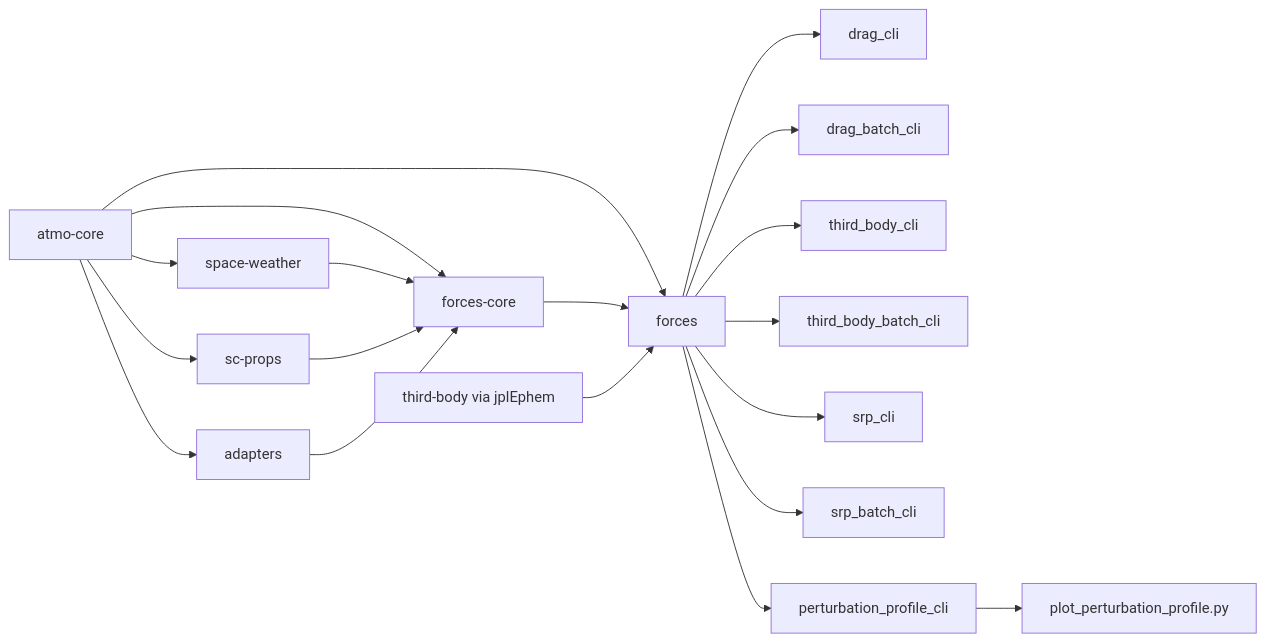
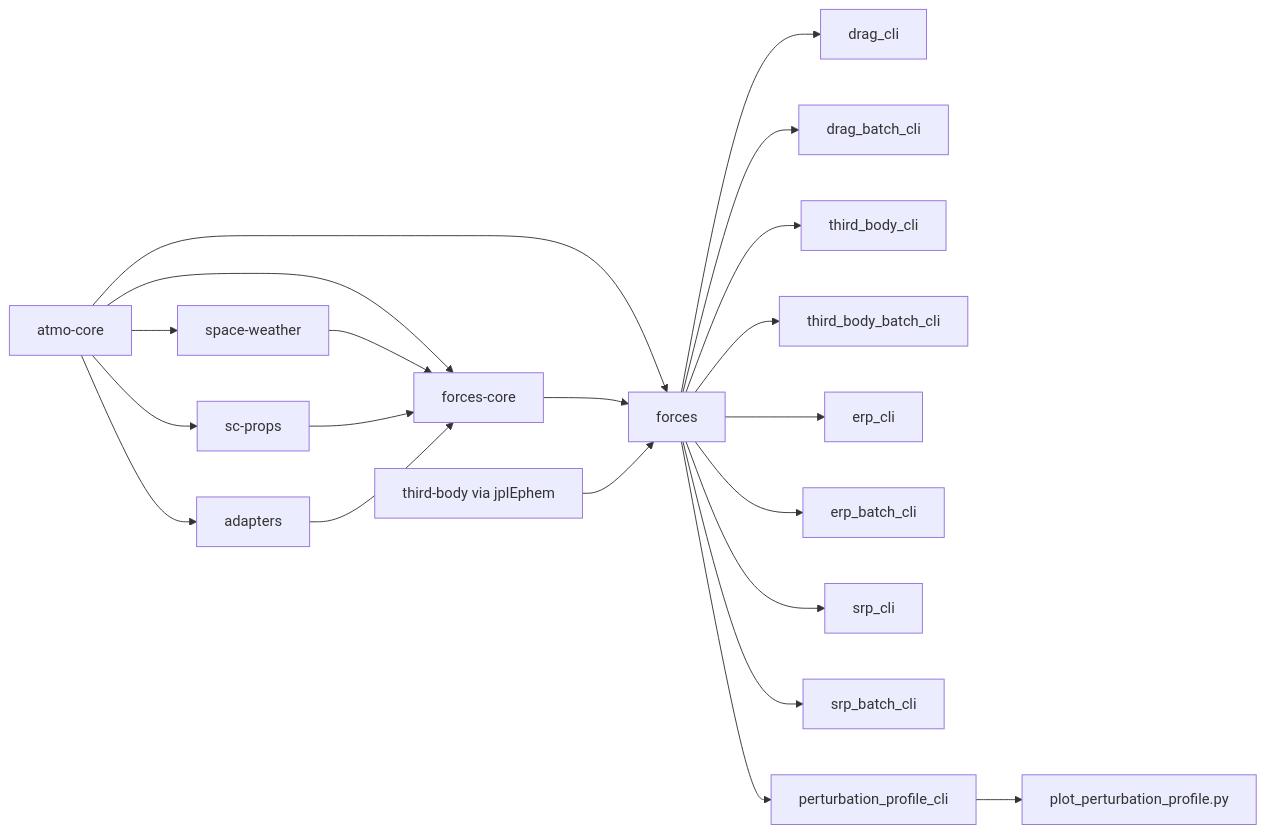
The diagram in docs/ARCHITECTURE.md (watsonryan/astroforces), drawn with Mermaid before and after one commit. The commit also changed other lines of this file and 15 other files, not shown here.

````diff
--- a/docs/ARCHITECTURE.md
+++ b/docs/ARCHITECTURE.md
@@ -4,21 +4,23 @@
 ```mermaid
 flowchart LR
   A[atmo-core] --> B[space-weather]
   A --> C[sc-props]
   A --> D[adapters]
   A --> E[forces-core]
   A --> F[forces]
   B --> E
   C --> E
   D --> E
   E --> F
   T[third-body via jplEphem] --> F
   F --> G[drag_cli]
   F --> H[drag_batch_cli]
   F --> X[third_body_cli]
   F --> Y[third_body_batch_cli]
+  F --> R[erp_cli]
+  F --> V[erp_batch_cli]
   F --> S[srp_cli]
   F --> U[srp_batch_cli]
   F --> P[perturbation_profile_cli]
   P --> Q[plot_perturbation_profile.py]
 ```
````
